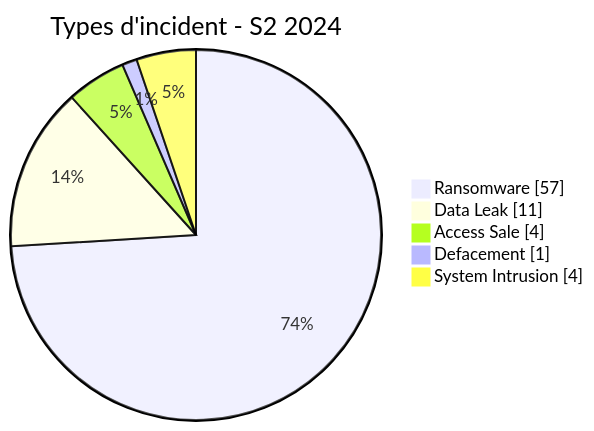
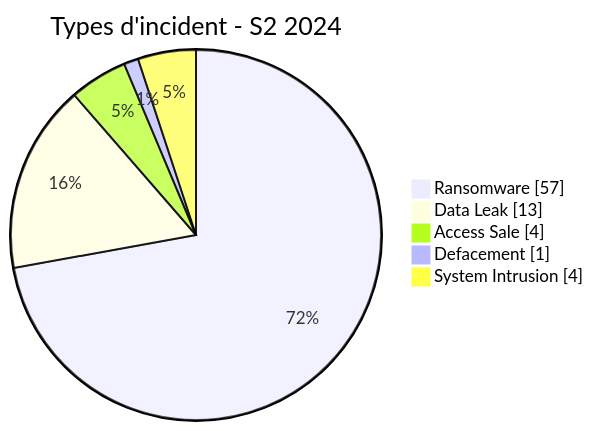
One commit to Hatchepsoute/AFRINTEL changed the diagram in CyberAttackAfrica/2024/README_H2_FR.md. Above: the diagram before and after it, drawn with Mermaid. The commit also changed other lines of this file and 401 other files, not shown here.

````diff
--- a/CyberAttackAfrica/2024/README_H2_FR.md
+++ b/CyberAttackAfrica/2024/README_H2_FR.md
@@ -53,9 +53,9 @@
 ```mermaid
 pie showData
     title Types d'incident - S2 2024
     "Ransomware" : 57
-    "Data Leak" : 11
+    "Data Leak" : 13
     "Access Sale" : 4
     "Defacement" : 1
     "System Intrusion" : 4
 ```
````
